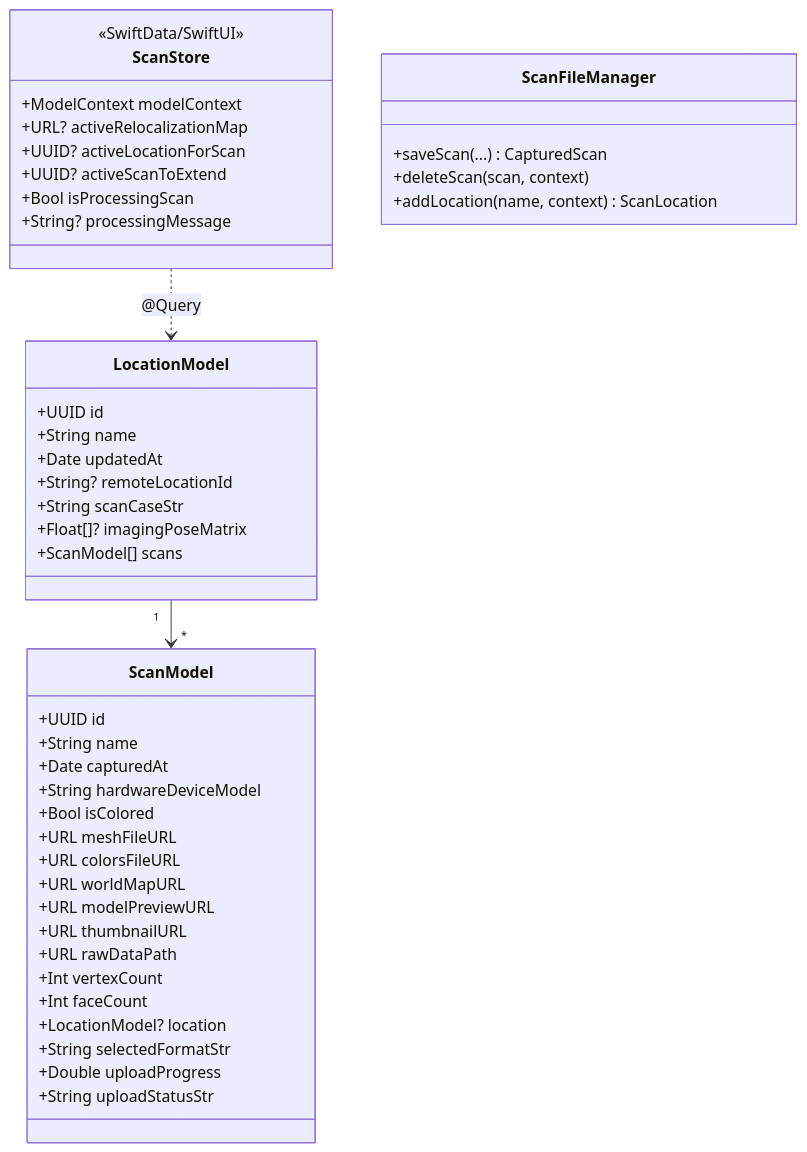
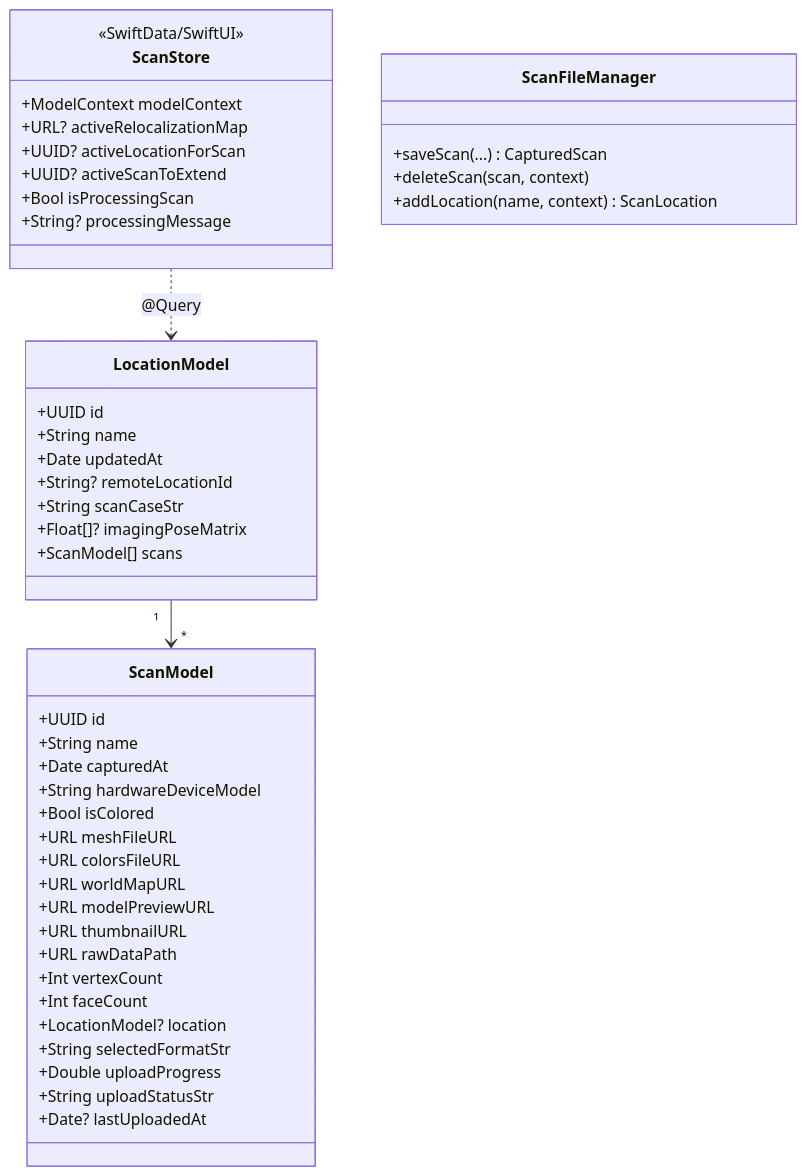
Before and after one commit to WiseLabCMU/wisescan-ios: the fifth of 6 diagrams in REQUIREMENTS.md, drawn with Mermaid. The commit also changed other lines of this file and 4 other files, not shown here.

First line of the commit message:
feat: track per-scan upload success with lastUploadedAt timestamp

````diff
--- a/REQUIREMENTS.md
+++ b/REQUIREMENTS.md
@@ -432,51 +432,52 @@
 ```mermaid
 classDiagram
     class LocationModel {
         +UUID id
         +String name
         +Date updatedAt
         +String? remoteLocationId
         +String scanCaseStr
         +Float[]? imagingPoseMatrix
         +ScanModel[] scans
     }
 
     class ScanModel {
         +UUID id
         +String name
         +Date capturedAt
         +String hardwareDeviceModel
         +Bool isColored
         +URL meshFileURL
         +URL colorsFileURL
         +URL worldMapURL
         +URL modelPreviewURL
         +URL thumbnailURL
         +URL rawDataPath
         +Int vertexCount
         +Int faceCount
         +LocationModel? location
         +String selectedFormatStr
         +Double uploadProgress
         +String uploadStatusStr
+        +Date? lastUploadedAt
     }
 
     class ScanStore {
         <<SwiftData/SwiftUI>>
         +ModelContext modelContext
         +URL? activeRelocalizationMap
         +UUID? activeLocationForScan
         +UUID? activeScanToExtend
         +Bool isProcessingScan
         +String? processingMessage
     }
 
     class ScanFileManager {
         +saveScan(...) CapturedScan
         +deleteScan(scan, context)
         +addLocation(name, context) ScanLocation
     }
 
     LocationModel "1" --> "*" ScanModel
     ScanStore ..> LocationModel : @Query
 ```
````
